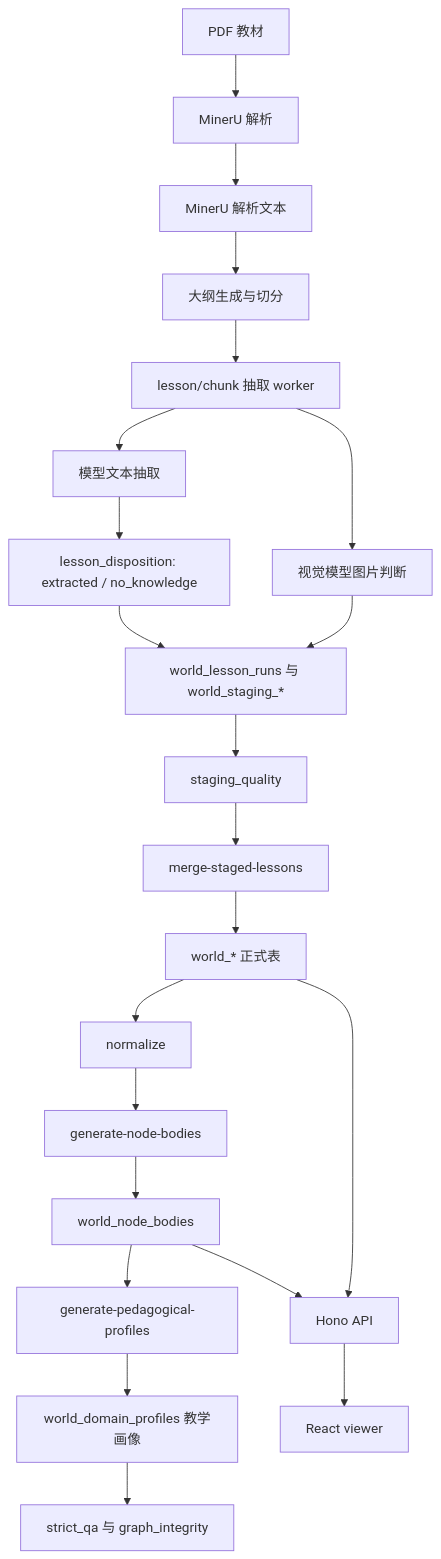
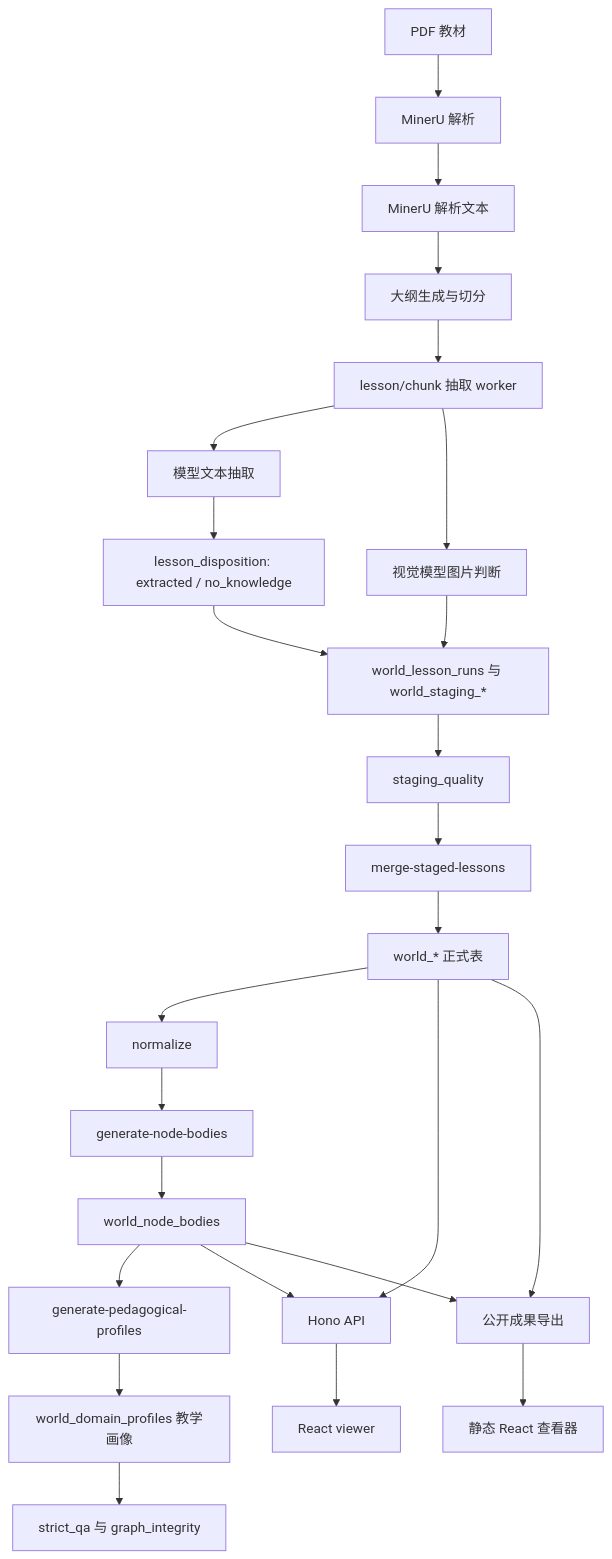
One commit to Titan-Frank/InnoKnowledge changed the diagram in docs/current-system-architecture.md. Above: the diagram before and after it, drawn with Mermaid. The commit also changed other lines of this file and 23 other files, not shown here.

````diff
--- a/docs/current-system-architecture.md
+++ b/docs/current-system-architecture.md
@@ -22,24 +24,27 @@
 ```mermaid
 flowchart TD
   A["PDF 教材"] --> B["MinerU 解析"]
   B --> C
   C["MinerU 解析文本"] --> D["大纲生成与切分"]
   D --> E["lesson/chunk 抽取 worker"]
   E --> F["模型文本抽取"]
   E --> G["视觉模型图片判断"]
   F --> R["lesson_disposition: extracted / no_knowledge"]
   R --> H["world_lesson_runs 与 world_staging_*"]
   G --> H
   H --> I["staging_quality"]
   I --> J["merge-staged-lessons"]
   J --> K["world_* 正式表"]
   K --> L["normalize"]
   L --> N["generate-node-bodies"]
   N --> O["world_node_bodies"]
   O --> S["generate-pedagogical-profiles"]
   S --> T["world_domain_profiles 教学画像"]
   T --> M["strict_qa 与 graph_integrity"]
   K --> P["Hono API"]
   O --> P
   P --> Q["React viewer"]
+  K --> U["公开成果导出"]
+  O --> U
+  U --> V["静态 React 查看器"]
 ```
````
